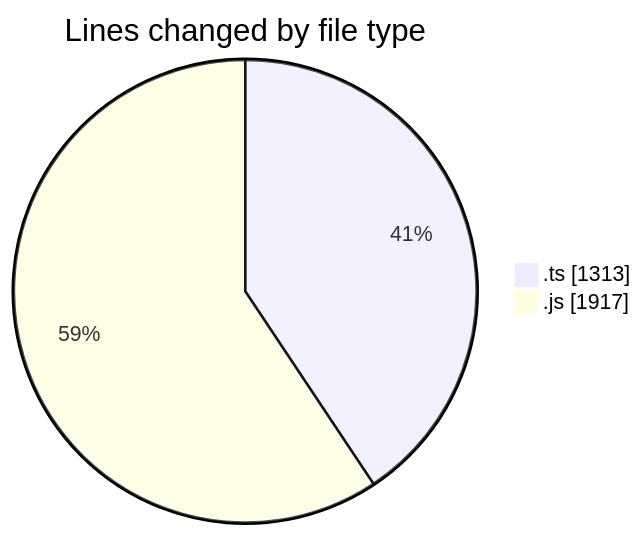
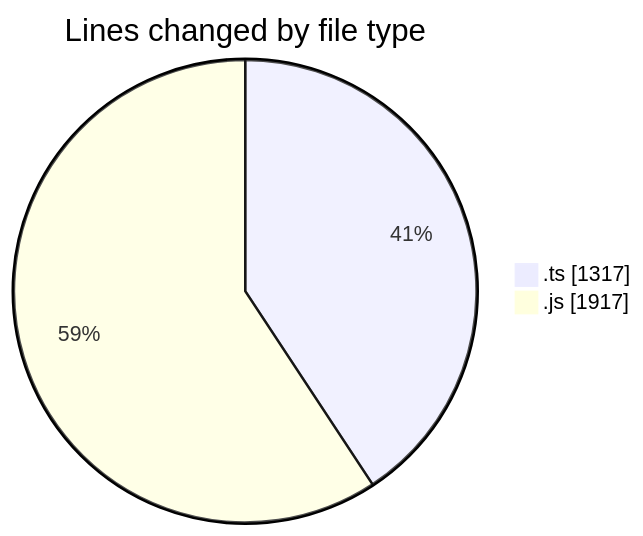
Before and after one commit to momahboobian/code-tracking: the first of 2 diagrams in 2025-07-29/cda/README.md, drawn with Mermaid. The commit also changed other lines of this file and 1 other file, not shown here.

````diff
--- a/2025-07-29/cda/README.md
+++ b/2025-07-29/cda/README.md
@@ -23,6 +23,6 @@
 ```mermaid
 pie showData
 title Lines changed by file type
-".ts" : 1313
+".ts" : 1317
 ".js" : 1917
 ```
````
